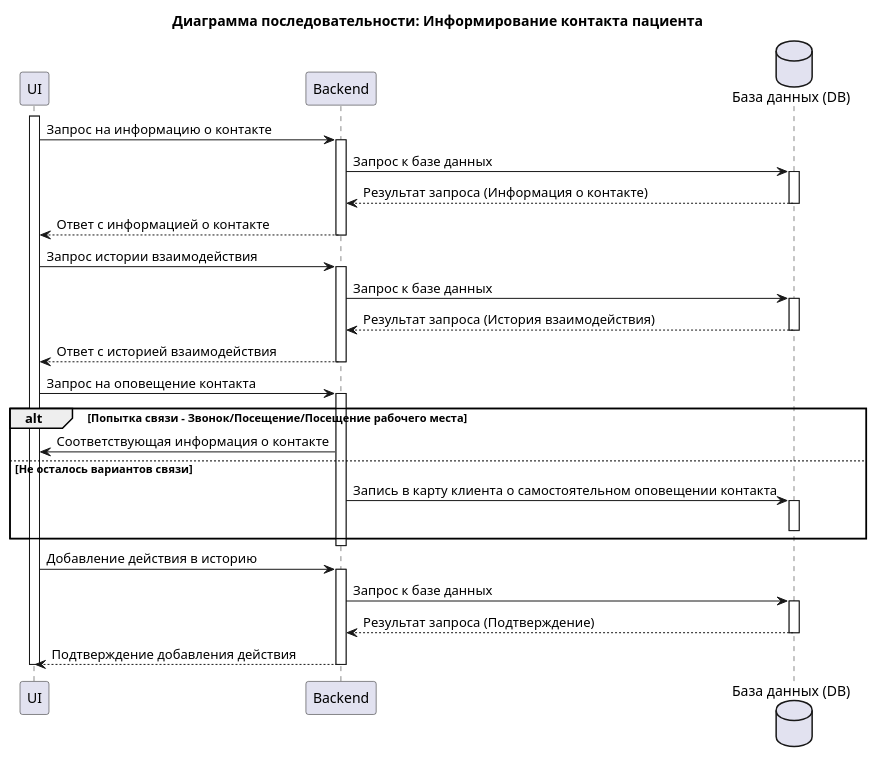
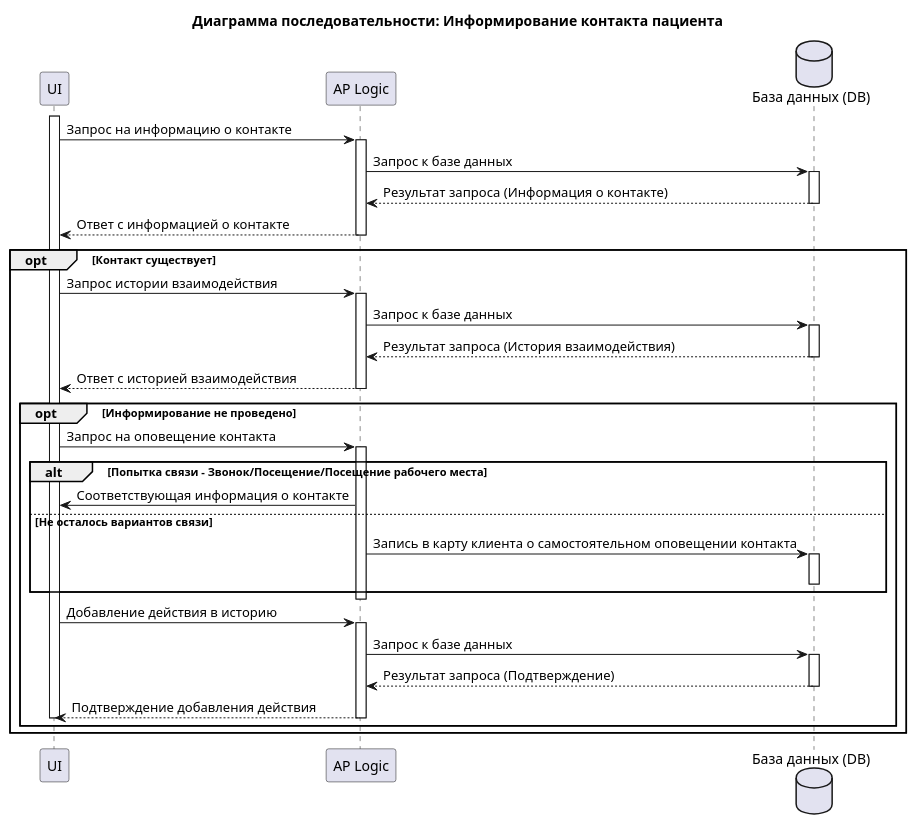
One commit to ideeockus/itmo-course-methodology-software-engineering changed the diagram in uml/Sequence_diagram(logical _view).puml. Above: the diagram before and after it, drawn with PlantUML. The commit also changed 2 other files, not shown here.

```diff
--- a/uml/Sequence_diagram(logical _view).puml
+++ b/uml/Sequence_diagram(logical _view).puml
@@ -1,57 +1,55 @@
 @startuml
 
 title Диаграмма последовательности: Информирование контакта пациента
 
 participant "UI" as UI
-participant "Backend" as Backend
+participant "AP Logic" as Backend
 database "База данных (DB)" as DB
 
 
 activate UI
 UI -> Backend : Запрос на информацию о контакте
 activate Backend
 Backend -> DB : Запрос к базе данных
 activate DB
+ 
 DB --> Backend : Результат запроса (Информация о контакте)
 deactivate DB
 Backend --> UI : Ответ с информацией о контакте
 deactivate Backend
 
+opt Контакт существует
+    UI -> Backend : Запрос истории взаимодействия 
+    activate Backend
+    Backend -> DB : Запрос к базе данных
+    activate DB
+    DB --> Backend : Результат запроса (История взаимодействия)
+    deactivate DB
+    Backend --> UI : Ответ с историей взаимодействия 
+    deactivate Backend
 
-UI -> Backend : Запрос истории взаимодействия 
-activate Backend
-Backend -> DB : Запрос к базе данных
-activate DB
-DB --> Backend : Результат запроса (История взаимодействия)
-deactivate DB
-Backend --> UI : Ответ с историей взаимодействия 
-deactivate Backend
+    opt Информирование не проведено
+        UI -> Backend : Запрос на оповещение контакта
+        activate Backend
+        alt Попытка связи - Звонок/Посещение/Посещение рабочего места
+            Backend -> UI : Соответствующая информация о контакте
+        else Не осталось вариантов связи 
+            Backend -> DB :  Запись в карту клиента о самостоятельном оповещении контакта
+            activate DB
+            deactivate DB  
+        end 
+        deactivate Backend
 
-UI -> Backend : Запрос на оповещение контакта
-activate Backend
-alt Попытка связи - Звонок/Посещение/Посещение рабочего места
-    Backend -> UI : Соответствующая информация о контакте
-else Не осталось вариантов связи 
-    Backend -> DB :  Запись в карту клиента о самостоятельном оповещении контакта
-    activate DB
-    deactivate DB  
-end 
-deactivate Backend
+        UI -> Backend : Добавление действия в историю 
+        activate Backend
+        Backend -> DB : Запрос к базе данных
+        activate DB
+        DB --> Backend : Результат запроса (Подтверждение)
+        deactivate DB
+        Backend --> UI : Подтверждение добавления действия
+        deactivate Backend
 
-
-
-
-
-
-
-UI -> Backend : Добавление действия в историю 
-activate Backend
-Backend -> DB : Запрос к базе данных
-activate DB
-DB --> Backend : Результат запроса (Подтверждение)
-deactivate DB
-Backend --> UI : Подтверждение добавления действия
-deactivate Backend
-
-deactivate UI
+        deactivate UI
+    end 
+end
 @enduml
```
